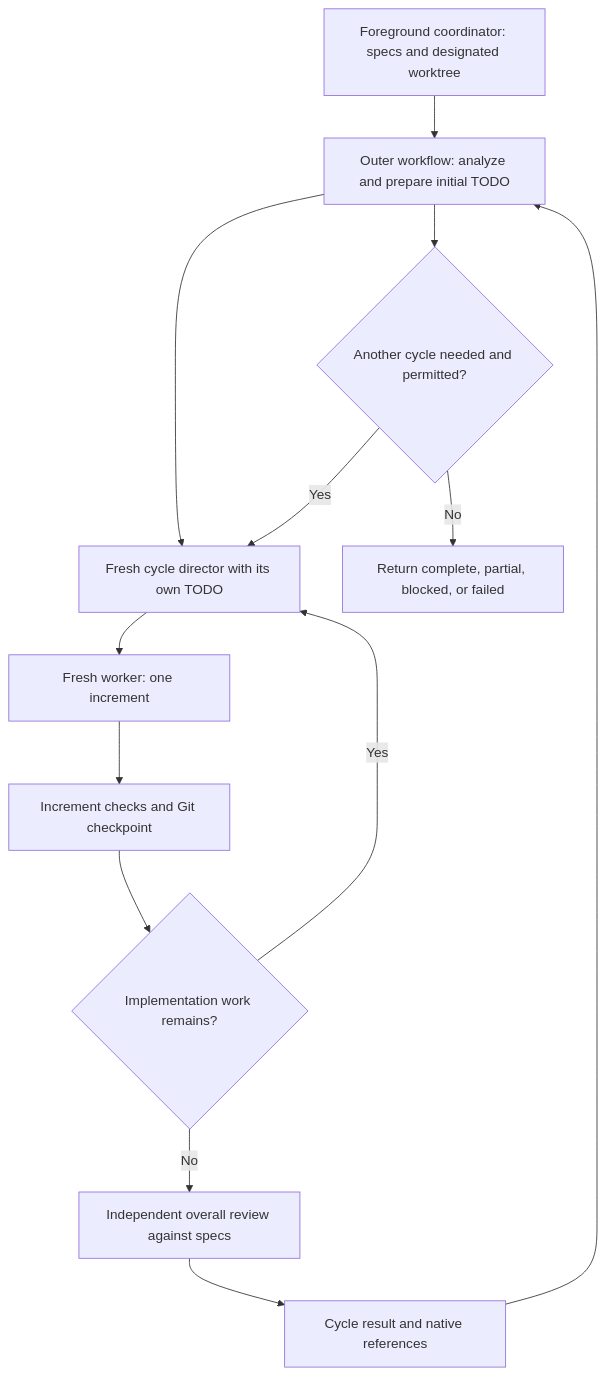
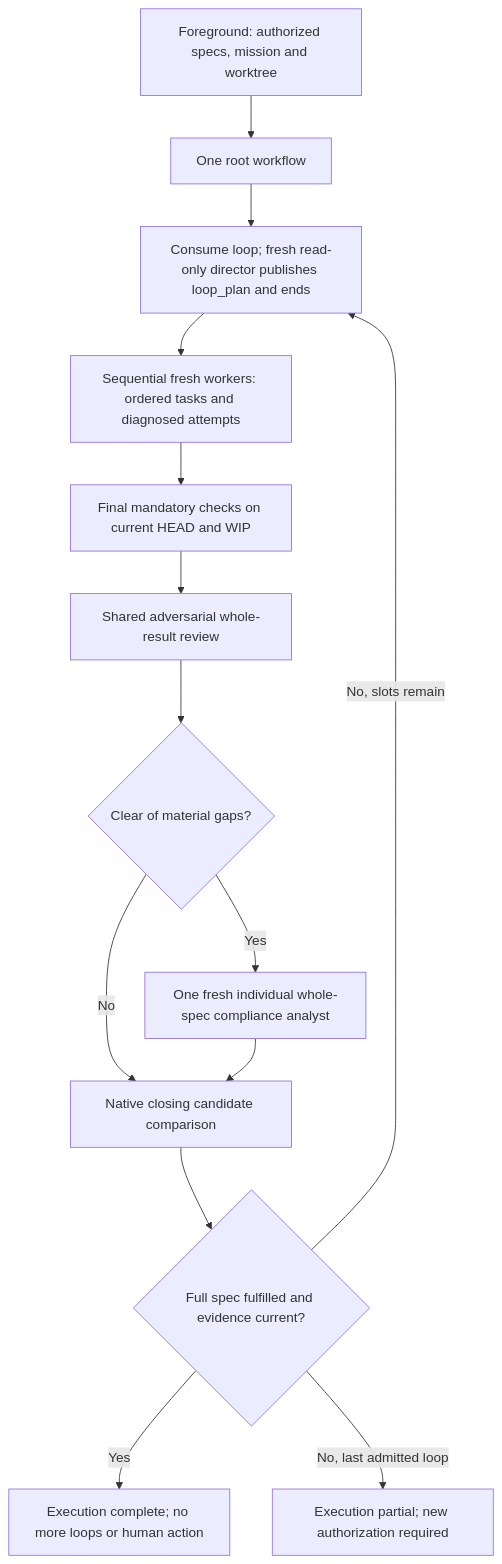
One commit to dougyau/pitako changed the second of 2 diagrams in docs/plan-execute-spec.md. Above: the diagram before and after it, drawn with Mermaid. The commit also changed other lines of this file and 22 other files, not shown here.

First line of the commit message:
Make execute workflow-owned and configure cycle limits

````diff
--- a/docs/plan-execute-spec.md
+++ b/docs/plan-execute-spec.md
@@ -192,15 +188,16 @@
 ```mermaid
 flowchart TD
-    Coordinator["Foreground coordinator: specs and designated worktree"] --> Outer["Outer workflow: analyze and prepare initial TODO"]
-    Outer --> Director["Fresh cycle director with its own TODO"]
-    Director --> Worker["Fresh worker: one increment"]
-    Worker --> Check["Increment checks and Git checkpoint"]
-    Check --> More{"Implementation work remains?"}
-    More -->|Yes| Director
-    More -->|No| Review["Independent overall review against specs"]
-    Review --> Result["Cycle result and native references"]
-    Result --> Outer
-    Outer --> Next{"Another cycle needed and permitted?"}
-    Next -->|Yes| Director
-    Next -->|No| Return["Return complete, partial, blocked, or failed"]
+    Coordinator["Foreground: authorized specs, mission and worktree"] --> Root["One root workflow"]
+    Root --> Director["Consume loop; fresh read-only director publishes loop_plan and ends"]
+    Director --> Worker["Sequential fresh workers: ordered tasks and diagnosed attempts"]
+    Worker --> Checks["Final mandatory checks on current HEAD and WIP"]
+    Checks --> Review["Shared adversarial whole-result review"]
+    Review --> Clear{"Clear of material gaps?"}
+    Clear -->|Yes| Compliance["One fresh individual whole-spec compliance analyst"]
+    Clear -->|No| Close["Native closing candidate comparison"]
+    Compliance --> Close
+    Close --> Fulfilled{"Full spec fulfilled and evidence current?"}
+    Fulfilled -->|Yes| Complete["Execution complete; no more loops or human action"]
+    Fulfilled -->|No, slots remain| Director
+    Fulfilled -->|No, last admitted loop| Partial["Execution partial; new authorization required"]
 ```
````
